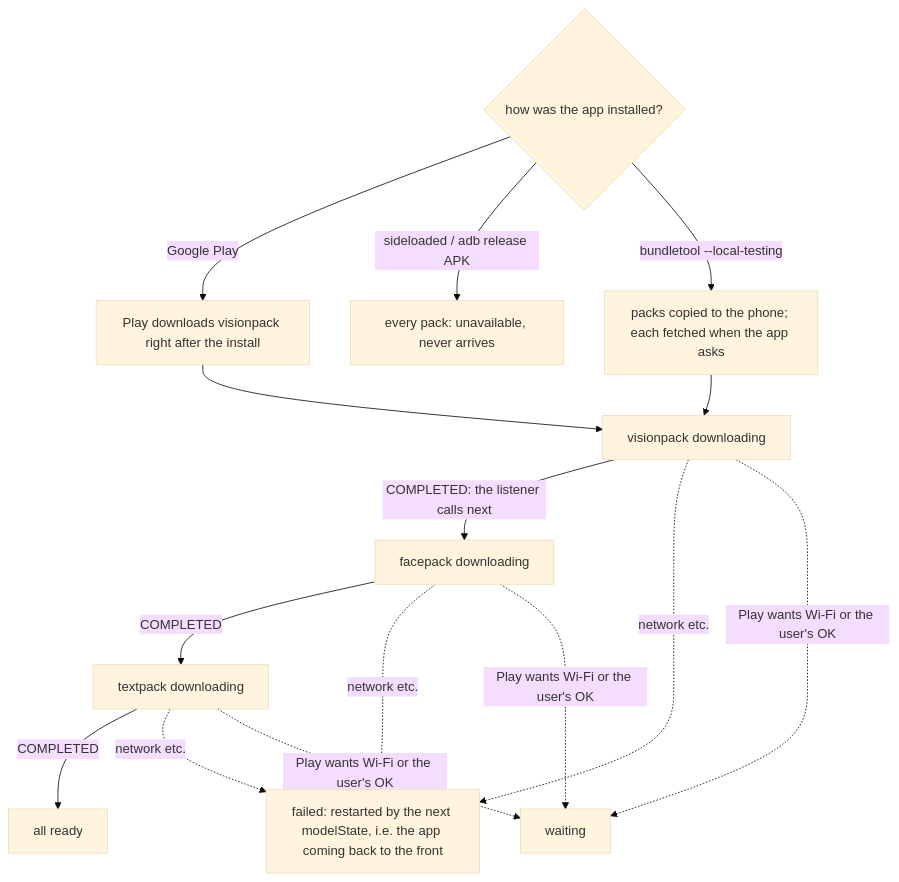
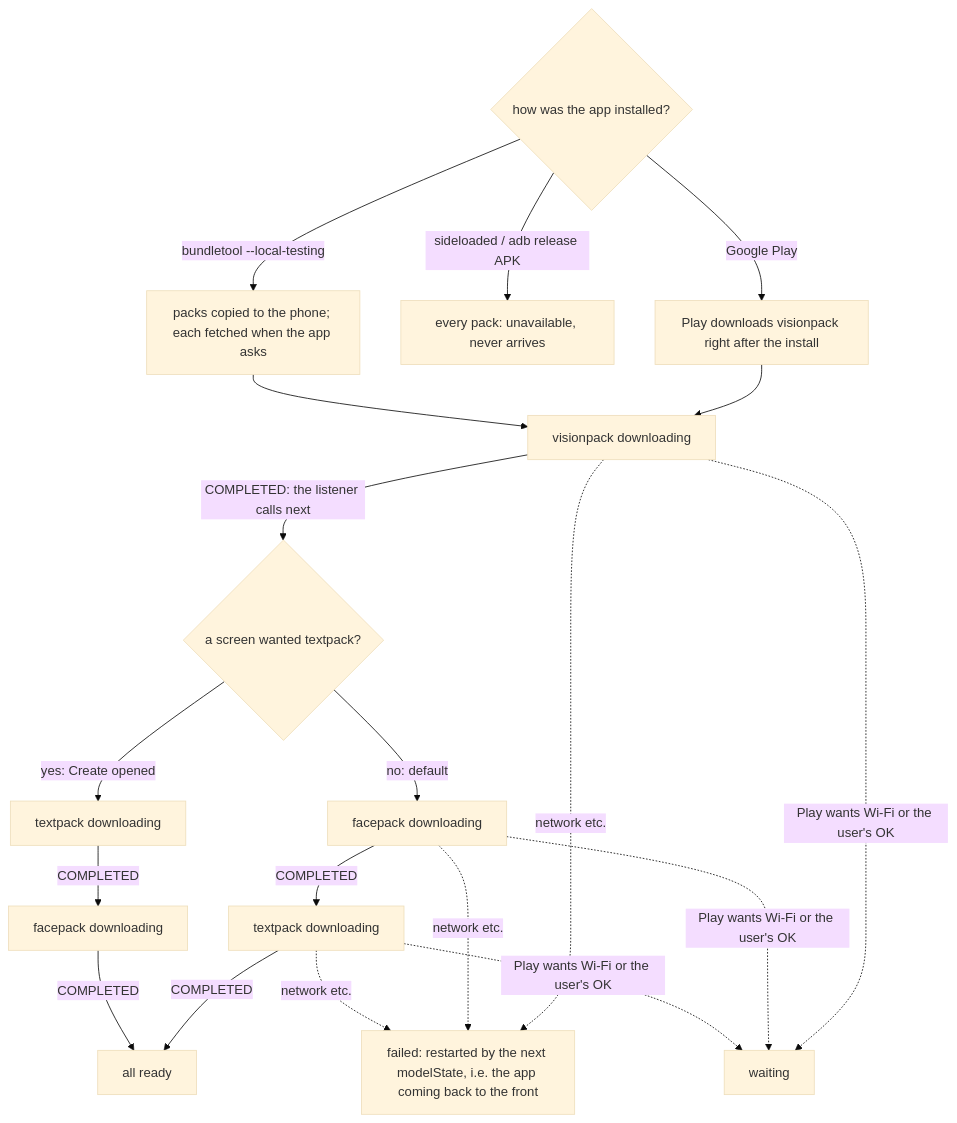
Before and after one commit to kerembay9/daydump-app: the first of 2 diagrams in MODELS.md, drawn with Mermaid (base theme). The commit also changed other lines of this file and 12 other files, not shown here.

````diff
--- a/MODELS.md
+++ b/MODELS.md
@@ -39,13 +40,16 @@
 ```mermaid
 flowchart TD
   INST{how was the app installed?} -->|Google Play| FF[Play downloads visionpack right after the install]
   INST -->|sideloaded / adb release APK| UNAV[every pack: unavailable, never arrives]
   INST -->|bundletool --local-testing| LT[packs copied to the phone; each fetched when the app asks]
   FF --> V[visionpack downloading]
   LT --> V
-  V -->|COMPLETED: the listener calls next| F[facepack downloading]
+  V -->|COMPLETED: the listener calls next| W{a screen wanted textpack?}
+  W -->|no: default| F[facepack downloading]
+  W -->|yes: Create opened| T2[textpack downloading]
   F -->|COMPLETED| T[textpack downloading]
-  T -->|COMPLETED| DONE[all ready]
+  T2 -->|COMPLETED| F2[facepack downloading]
+  T & F2 -->|COMPLETED| DONE[all ready]
   V & F & T -.->|network etc.| FAILED[failed: restarted by the next modelState, i.e. the app coming back to the front]
   V & F & T -.->|Play wants Wi-Fi or the user's OK| WAIT[waiting]
 ```
````
